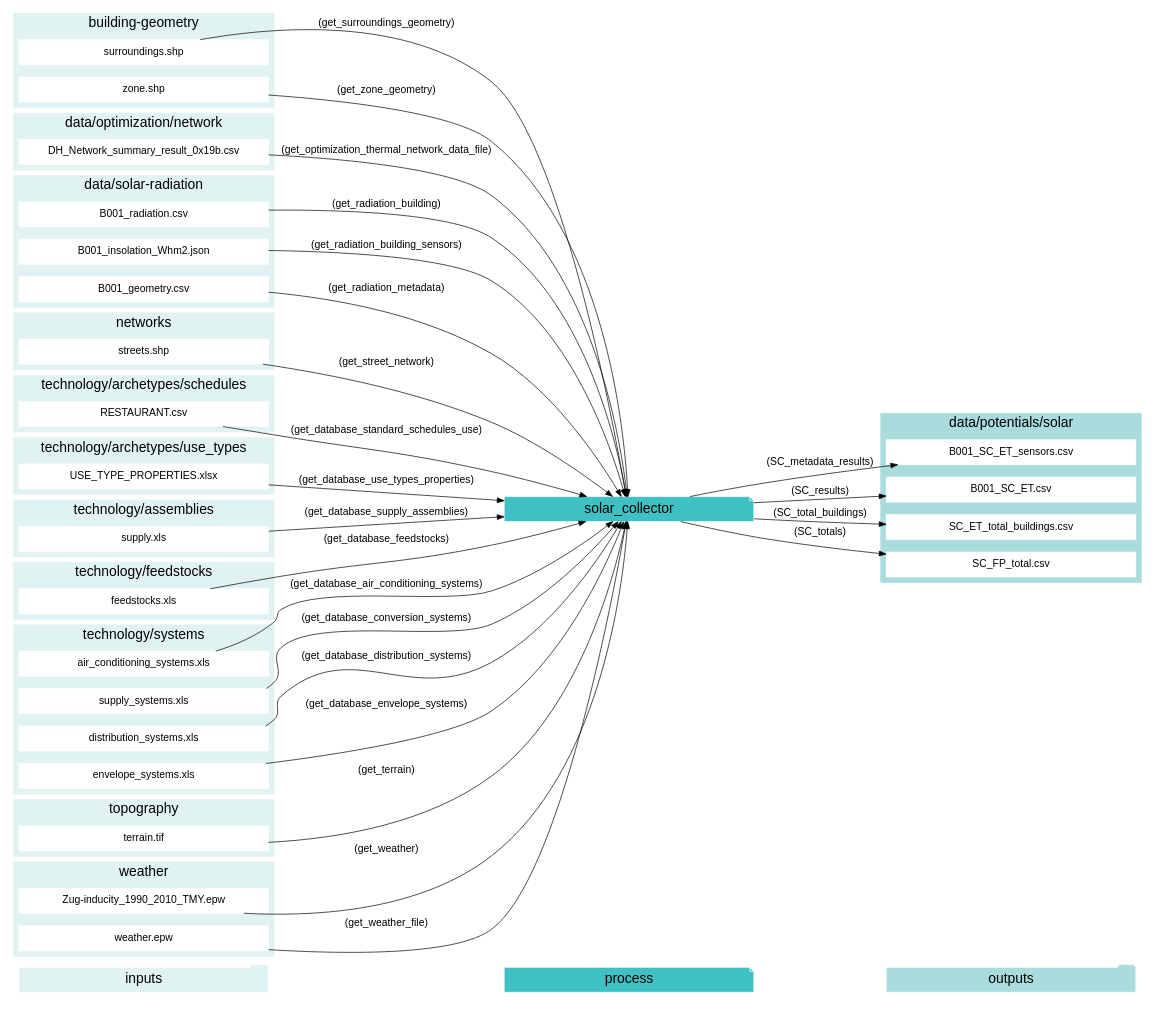
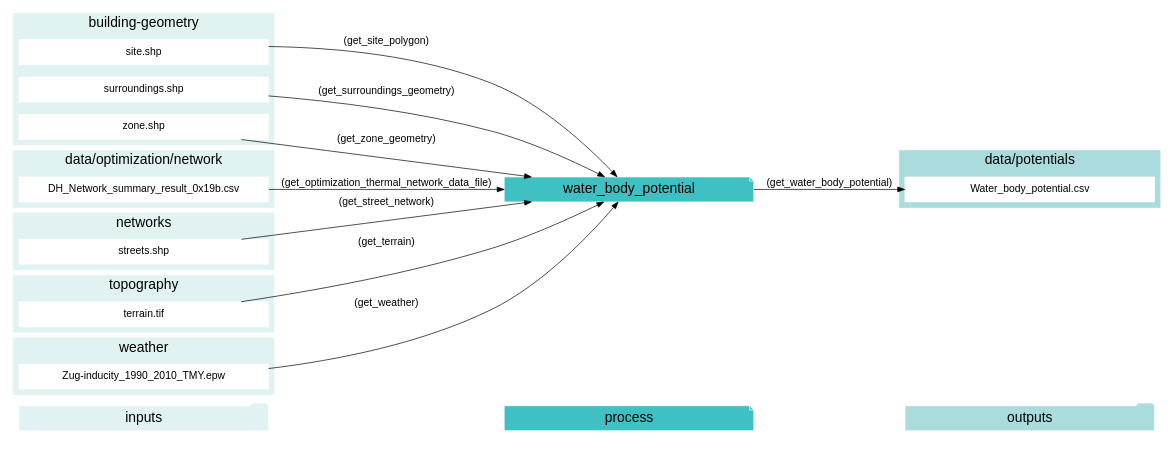
Before and after one commit to architecture-building-systems/CityEnergyAnalyst: the tenth of 23 diagrams in docs/script-data-flow.rst, drawn with Graphviz. The commit also changed other lines of this file and 24 other files, not shown here.

```diff
--- a/docs/script-data-flow.rst
+++ b/docs/script-data-flow.rst
@@ -1205,13 +982,14 @@
     "inputs"->"process"[style=invis]
     "process"->"outputs"[style=invis]
     }
-    "solar_collector"[style=filled, color=white, fillcolor="#3FC0C2", shape=note, fontsize=20, fontname=arial];
+    "water_body_potential"[style=filled, color=white, fillcolor="#3FC0C2", shape=note, fontsize=20, fontname=arial];
     subgraph cluster_0_in {
         style = filled;
         color = "#E1F2F2";
         fontsize = 20;
         rank=same;
         label="building-geometry";
+        "site.shp"
         "surroundings.shp"
         "zone.shp"
     }
@@ -1228,23 +1006,10 @@
         color = "#aadcdd";
         fontsize = 20;
         rank=same;
-        label="data/potentials/solar";
-        "B001_SC_ET_sensors.csv"
-        "B001_SC_ET.csv"
-        "SC_ET_total_buildings.csv"
-        "SC_FP_total.csv"
+        label="data/potentials";
+        "Water_body_potential.csv"
     }
     subgraph cluster_3_in {
-        style = filled;
-        color = "#E1F2F2";
-        fontsize = 20;
-        rank=same;
-        label="data/solar-radiation";
-        "B001_radiation.csv"
-        "B001_insolation_Whm2.json"
-        "B001_geometry.csv"
-    }
-    subgraph cluster_4_in {
         style = filled;
         color = "#E1F2F2";
         fontsize = 20;
@@ -1252,50 +1017,7 @@
         label="networks";
         "streets.shp"
     }
-    subgraph cluster_5_in {
-        style = filled;
-        color = "#E1F2F2";
-        fontsize = 20;
-        rank=same;
-        label="technology/archetypes/schedules";
-        "RESTAURANT.csv"
-    }
-    subgraph cluster_6_in {
-        style = filled;
-        color = "#E1F2F2";
-        fontsize = 20;
-        rank=same;
-        label="technology/archetypes/use_types";
-        "USE_TYPE_PROPERTIES.xlsx"
-    }
-    subgraph cluster_7_in {
-        style = filled;
-        color = "#E1F2F2";
-        fontsize = 20;
-        rank=same;
-        label="technology/assemblies";
-        "supply.xls"
-    }
-    subgraph cluster_8_in {
-        style = filled;
-        color = "#E1F2F2";
-        fontsize = 20;
-        rank=same;
-        label="technology/feedstocks";
-        "feedstocks.xls"
-    }
-    subgraph cluster_9_in {
-        style = filled;
-        color = "#E1F2F2";
-        fontsize = 20;
-        rank=same;
-        label="technology/systems";
-        "air_conditioning_systems.xls"
-        "supply_systems.xls"
-        "distribution_systems.xls"
-        "envelope_systems.xls"
-    }
-    subgraph cluster_10_in {
+    subgraph cluster_4_in {
         style = filled;
         color = "#E1F2F2";
         fontsize = 20;
@@ -1303,35 +1025,20 @@
         label="topography";
         "terrain.tif"
     }
-    subgraph cluster_11_in {
+    subgraph cluster_5_in {
         style = filled;
         color = "#E1F2F2";
         fontsize = 20;
         rank=same;
         label="weather";
         "Zug-inducity_1990_2010_TMY.epw"
-        "weather.epw"
     }
-    "air_conditioning_systems.xls" -> "solar_collector"[label="(get_database_air_conditioning_systems)"]
-    "supply_systems.xls" -> "solar_collector"[label="(get_database_conversion_systems)"]
-    "distribution_systems.xls" -> "solar_collector"[label="(get_database_distribution_systems)"]
-    "envelope_systems.xls" -> "solar_collector"[label="(get_database_envelope_systems)"]
-    "feedstocks.xls" -> "solar_collector"[label="(get_database_feedstocks)"]
-    "RESTAURANT.csv" -> "solar_collector"[label="(get_database_standard_schedules_use)"]
-    "supply.xls" -> "solar_collector"[label="(get_database_supply_assemblies)"]
-    "USE_TYPE_PROPERTIES.xlsx" -> "solar_collector"[label="(get_database_use_types_properties)"]
-    "DH_Network_summary_result_0x19b.csv" -> "solar_collector"[label="(get_optimization_thermal_network_data_file)"]
-    "B001_radiation.csv" -> "solar_collector"[label="(get_radiation_building)"]
-    "B001_insolation_Whm2.json" -> "solar_collector"[label="(get_radiation_building_sensors)"]
-    "B001_geometry.csv" -> "solar_collector"[label="(get_radiation_metadata)"]
-    "streets.shp" -> "solar_collector"[label="(get_street_network)"]
-    "surroundings.shp" -> "solar_collector"[label="(get_surroundings_geometry)"]
-    "terrain.tif" -> "solar_collector"[label="(get_terrain)"]
-    "Zug-inducity_1990_2010_TMY.epw" -> "solar_collector"[label="(get_weather)"]
-    "weather.epw" -> "solar_collector"[label="(get_weather_file)"]
-    "zone.shp" -> "solar_collector"[label="(get_zone_geometry)"]
-    "solar_collector" -> "B001_SC_ET_sensors.csv"[label="(SC_metadata_results)"]
-    "solar_collector" -> "B001_SC_ET.csv"[label="(SC_results)"]
-    "solar_collector" -> "SC_ET_total_buildings.csv"[label="(SC_total_buildings)"]
-    "solar_collector" -> "SC_FP_total.csv"[label="(SC_totals)"]
+    "DH_Network_summary_result_0x19b.csv" -> "water_body_potential"[label="(get_optimization_thermal_network_data_file)"]
+    "site.shp" -> "water_body_potential"[label="(get_site_polygon)"]
+    "streets.shp" -> "water_body_potential"[label="(get_street_network)"]
+    "surroundings.shp" -> "water_body_potential"[label="(get_surroundings_geometry)"]
+    "terrain.tif" -> "water_body_potential"[label="(get_terrain)"]
+    "Zug-inducity_1990_2010_TMY.epw" -> "water_body_potential"[label="(get_weather)"]
+    "zone.shp" -> "water_body_potential"[label="(get_zone_geometry)"]
+    "water_body_potential" -> "Water_body_potential.csv"[label="(get_water_body_potential)"]
     }
```
